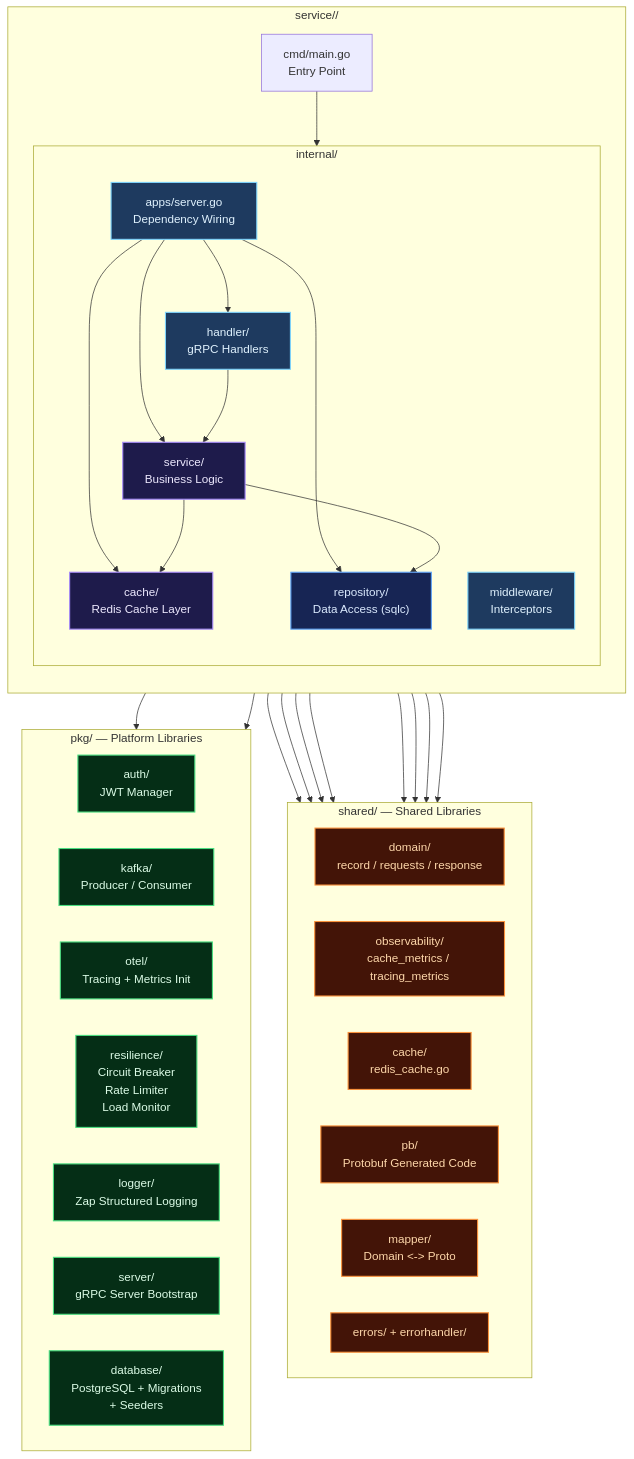
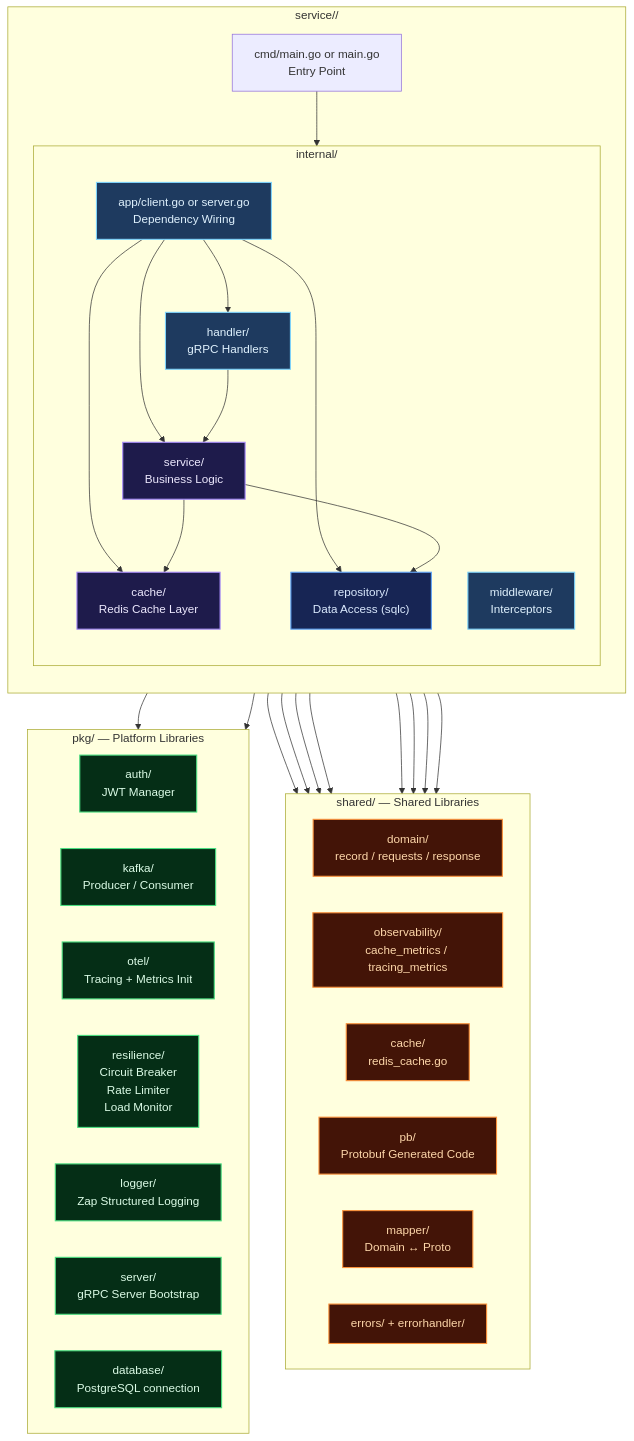
Before and after one commit to renaldyhidayatt/renaldyhidayatt.github.io: the third of 8 diagrams in src/content/portfolio/microservice-ecommerce.mdx, drawn with Mermaid. The commit also changed other lines of this file and 19 other files, not shown here.

Commit message:
refactor: overhaul project documentation with detailed architectural summaries and expanded domain-driven service specifications

````diff
--- a/src/content/portfolio/microservice-ecommerce.mdx
+++ b/src/content/portfolio/microservice-ecommerce.mdx
@@ -223,65 +234,65 @@
 ```mermaid
 graph TB
     classDef handler fill:#1e3a5f,stroke:#7dd3fc,color:#e0f2fe,stroke-width:1.5px
     classDef service fill:#1e1b4b,stroke:#a78bfa,color:#ede9fe,stroke-width:1.5px
     classDef repo fill:#172554,stroke:#60a5fa,color:#dbeafe,stroke-width:1.5px
     classDef infra fill:#052e16,stroke:#4ade80,color:#dcfce7,stroke-width:1.5px
     classDef shared fill:#431407,stroke:#fb923c,color:#fed7aa,stroke-width:1.5px
 
     subgraph Service["service/<name>/"]
         direction TB
 
-        CMD["cmd/main.go<br/>Entry Point"]
+        CMD["cmd/main.go or main.go<br/>Entry Point"]
 
         subgraph Internal["internal/"]
             direction TB
-            APPS["apps/server.go<br/>Dependency Wiring"]:::handler
+            APPS["app/client.go or server.go<br/>Dependency Wiring"]:::handler
             HANDLER["handler/<br/>gRPC Handlers"]:::handler
             MW["middleware/<br/>Interceptors"]:::handler
             SVC["service/<br/>Business Logic"]:::service
             CACHE["cache/<br/>Redis Cache Layer"]:::service
             REPO["repository/<br/>Data Access (sqlc)"]:::repo
         end
 
         CMD --> APPS
         APPS --> HANDLER
         APPS --> SVC
         APPS --> CACHE
         APPS --> REPO
         HANDLER --> SVC
         SVC --> REPO
         SVC --> CACHE
     end
 
     subgraph SharedLibs["shared/ — Shared Libraries"]
         direction LR
         DOMAIN["domain/<br/>record / requests / response"]:::shared
         OBS["observability/<br/>cache_metrics / tracing_metrics"]:::shared
         CACHESHARED["cache/<br/>redis_cache.go"]:::shared
         PB["pb/<br/>Protobuf Generated Code"]:::shared
-        MAPPER["mapper/<br/>Domain <-> Proto"]:::shared
+        MAPPER["mapper/<br/>Domain ↔ Proto"]:::shared
         ERRORS["errors/ + errorhandler/"]:::shared
     end
 
     subgraph PkgLibs["pkg/ — Platform Libraries"]
         direction LR
         PKGAUTH["auth/<br/>JWT Manager"]:::infra
         PKGKAFKA["kafka/<br/>Producer / Consumer"]:::infra
         PKGOTEL["otel/<br/>Tracing + Metrics Init"]:::infra
         PKGRES["resilience/<br/>Circuit Breaker<br/>Rate Limiter<br/>Load Monitor"]:::infra
         PKGLOG["logger/<br/>Zap Structured Logging"]:::infra
         PKGSRV["server/<br/>gRPC Server Bootstrap"]:::infra
-        PKGDB["database/<br/>PostgreSQL + Migrations<br/>+ Seeders"]:::infra
+        PKGDB["database/<br/>PostgreSQL connection"]:::infra
     end
 
     REPO --> DOMAIN
     REPO --> PB
     SVC --> DOMAIN
     SVC --> OBS
     HANDLER --> PB
     HANDLER --> MAPPER
     APPS --> PKGSRV
     APPS --> PKGOTEL
     APPS --> CACHESHARED
     APPS --> OBS
 ```
````
